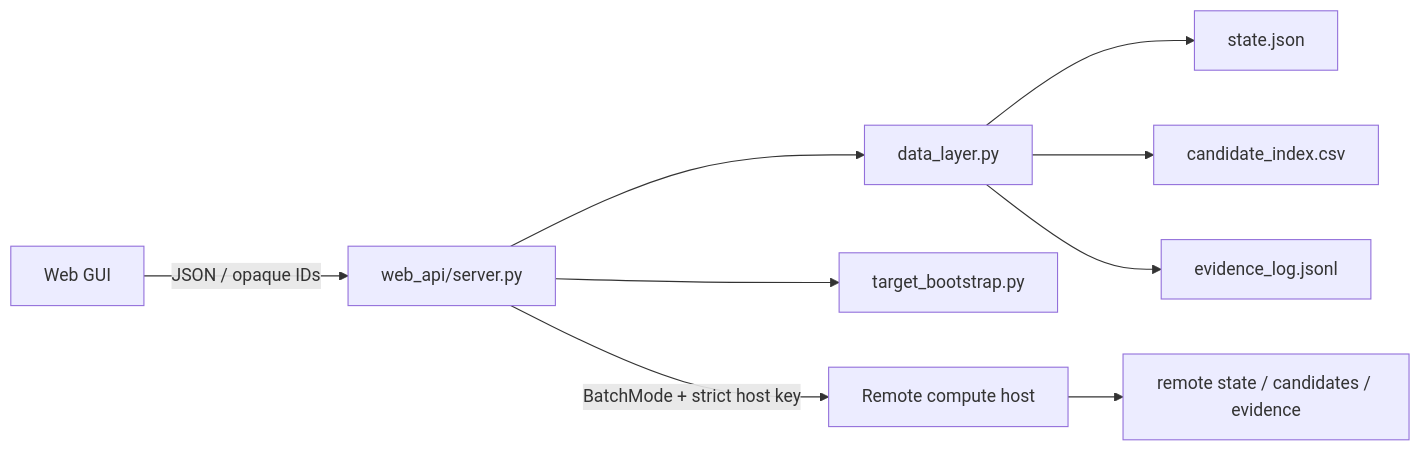
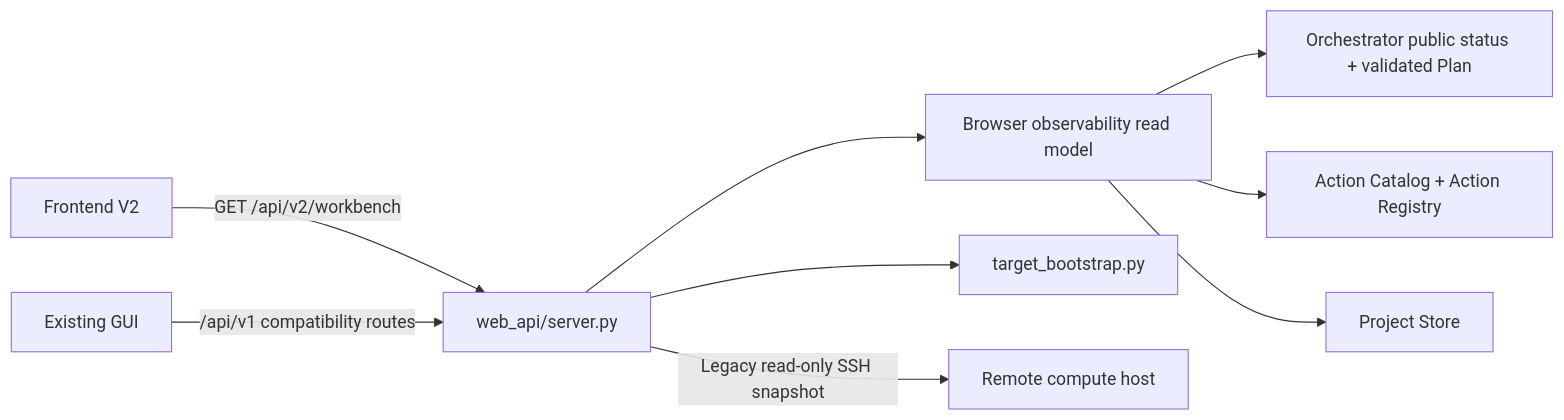
Before and after one commit to chemzi/cycpep-mdm2-mdmx: the diagram in docs/web_gui_implementation.md, drawn with Mermaid. The commit also changed other lines of this file, not shown here.

Commit message:
sync frontend v2 observability: docs/web_gui_implementation.md

````diff
--- a/docs/web_gui_implementation.md
+++ b/docs/web_gui_implementation.md
@@ -46,11 +60,11 @@
 ```mermaid
 flowchart LR
-  UI[Web GUI] -->|JSON / opaque IDs| API[web_api/server.py]
-  API --> DL[data_layer.py]
-  DL --> S[state.json]
-  DL --> C[candidate_index.csv]
-  DL --> E[evidence_log.jsonl]
+  V2[Frontend V2] -->|GET /api/v2/workbench| API[web_api/server.py]
+  API --> RM[Browser observability read model]
+  RM --> O[Orchestrator public status + validated Plan]
+  RM --> A[Action Catalog + Action Registry]
+  RM --> ST[Project Store]
+  LEGACY[Existing GUI] -->|/api/v1 compatibility routes| API
   API --> TB[target_bootstrap.py]
-  API -->|BatchMode + strict host key| SSH[Remote compute host]
-  SSH --> RS[remote state / candidates / evidence]
+  API -->|Legacy read-only SSH snapshot| SSH[Remote compute host]
 ```
````
